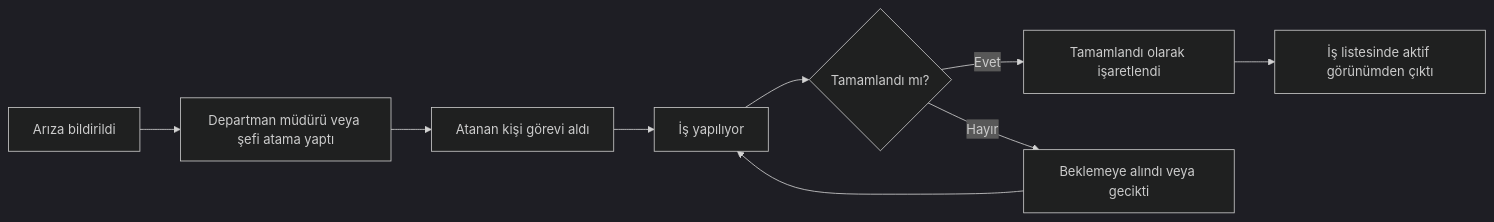
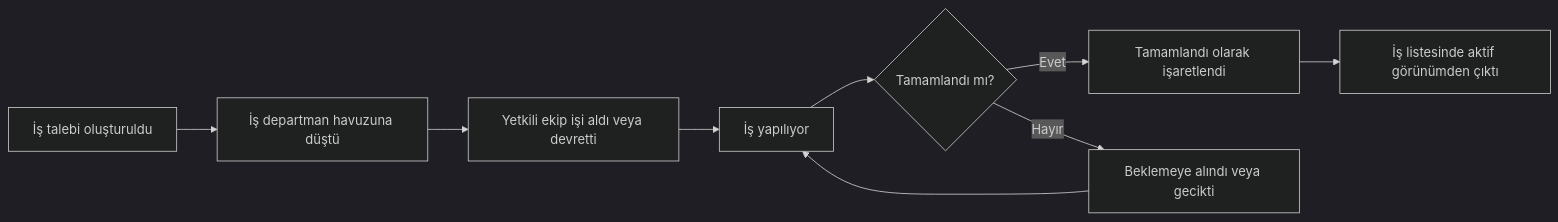
One commit to monocosmos/noderasoftware changed the first of 3 diagrams in docs/WORKFLOWS.md. Above: the diagram before and after it, drawn with Mermaid (dark theme). The commit also changed other lines of this file and 158 other files, not shown here.

````diff
--- a/docs/WORKFLOWS.md
+++ b/docs/WORKFLOWS.md
@@ -5,11 +5,11 @@
 ```mermaid
 flowchart LR
-  A["Arıza bildirildi"] --> B["Departman müdürü veya şefi atama yaptı"]
-  B --> C["Atanan kişi görevi aldı"]
+  A["İş talebi oluşturuldu"] --> B["İş departman havuzuna düştü"]
+  B --> C["Yetkili ekip işi aldı veya devretti"]
   C --> D["İş yapılıyor"]
   D --> E{"Tamamlandı mı?"}
   E -- "Evet" --> F["Tamamlandı olarak işaretlendi"]
   E -- "Hayır" --> G["Beklemeye alındı veya gecikti"]
   F --> H["İş listesinde aktif görünümden çıktı"]
   G --> D
 ```
````
